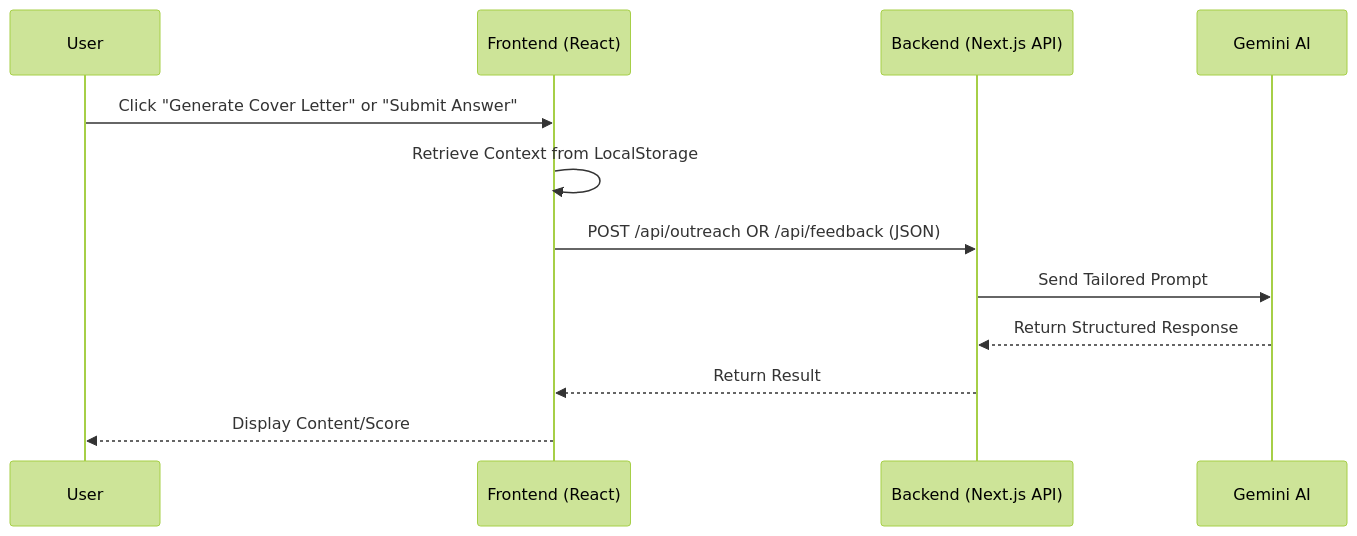
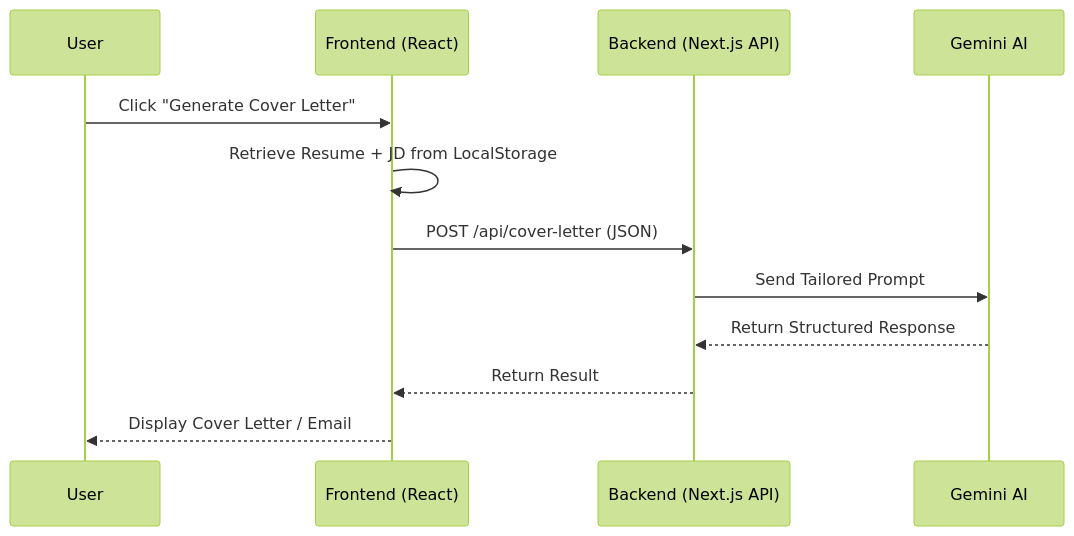
One commit to RISHIE2006/Signl changed the fourth of 4 diagrams in architecture.md. Above: the diagram before and after it, drawn with Mermaid (forest theme). The commit also changed other lines of this file and 7 other files, not shown here.

````diff
--- a/architecture.md
+++ b/architecture.md
@@ -94,15 +166,15 @@
 ```mermaid
 sequenceDiagram
     participant U as User
     participant F as Frontend (React)
     participant B as Backend (Next.js API)
     participant G as Gemini AI
 
-    U->>F: Click "Generate Cover Letter" or "Submit Answer"
-    F->>F: Retrieve Context from LocalStorage
-    F->>B: POST /api/outreach OR /api/feedback (JSON)
+    U->>F: Click "Generate Cover Letter"
+    F->>F: Retrieve Resume + JD from LocalStorage
+    F->>B: POST /api/cover-letter (JSON)
     B->>G: Send Tailored Prompt
     G-->>B: Return Structured Response
     B-->>F: Return Result
-    F-->>U: Display Content/Score
+    F-->>U: Display Cover Letter / Email
 ```
````
